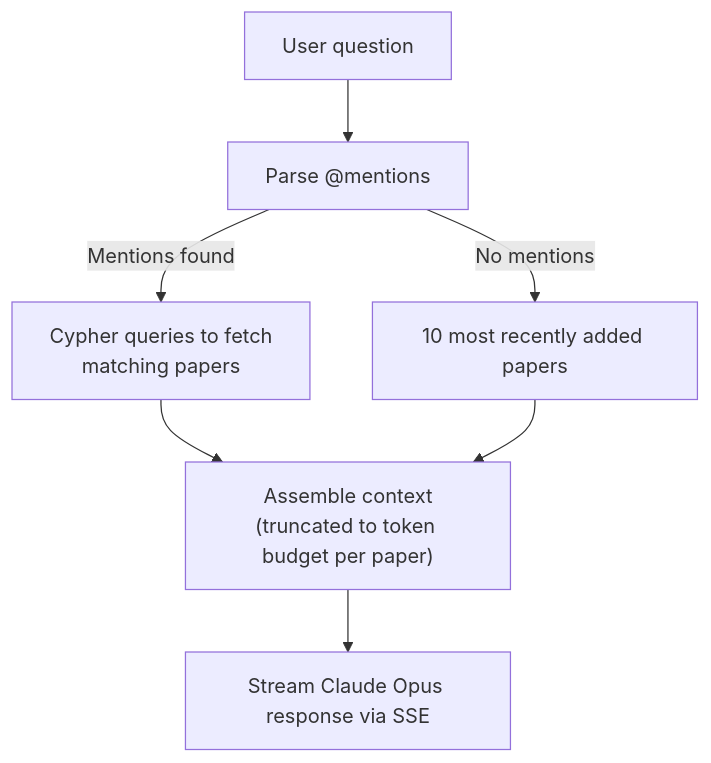
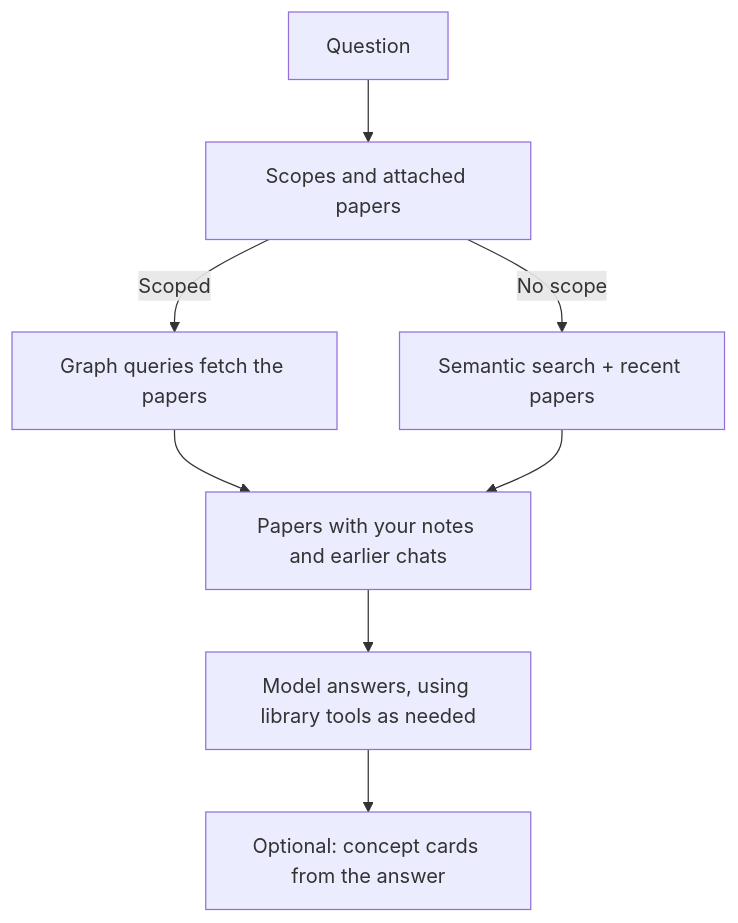
The diagram in docs/user-guide/knowledge-features.md (AntoineLuciano/PaperManager-fork), drawn with Mermaid before and after one commit. The commit also changed other lines of this file and 1 other file, not shown here.

First line of the commit message:
Docs: the rebuilt Knowledge Chat (spec and user guide)

````diff
--- a/docs/user-guide/knowledge-features.md
+++ b/docs/user-guide/knowledge-features.md
@@ -96,9 +129,10 @@
 ```mermaid
 flowchart TD
-    Q["User question"] --> P["Parse @mentions"]
-    P -->|"Mentions found"| C["Cypher queries to fetch\nmatching papers"]
-    P -->|"No mentions"| R["10 most recently added papers"]
-    C --> A["Assemble context\n(truncated to token budget per paper)"]
+    Q["Question"] --> P["Scopes and attached papers"]
+    P -->|"Scoped"| C["Graph queries fetch the papers"]
+    P -->|"No scope"| R["Semantic search + recent papers"]
+    C --> A["Papers with your notes and earlier chats"]
     R --> A
-    A --> S["Stream Claude Opus response via SSE"]
+    A --> M["Model answers, using library tools as needed"]
+    M --> V["Optional: concept cards from the answer"]
 ```
````
